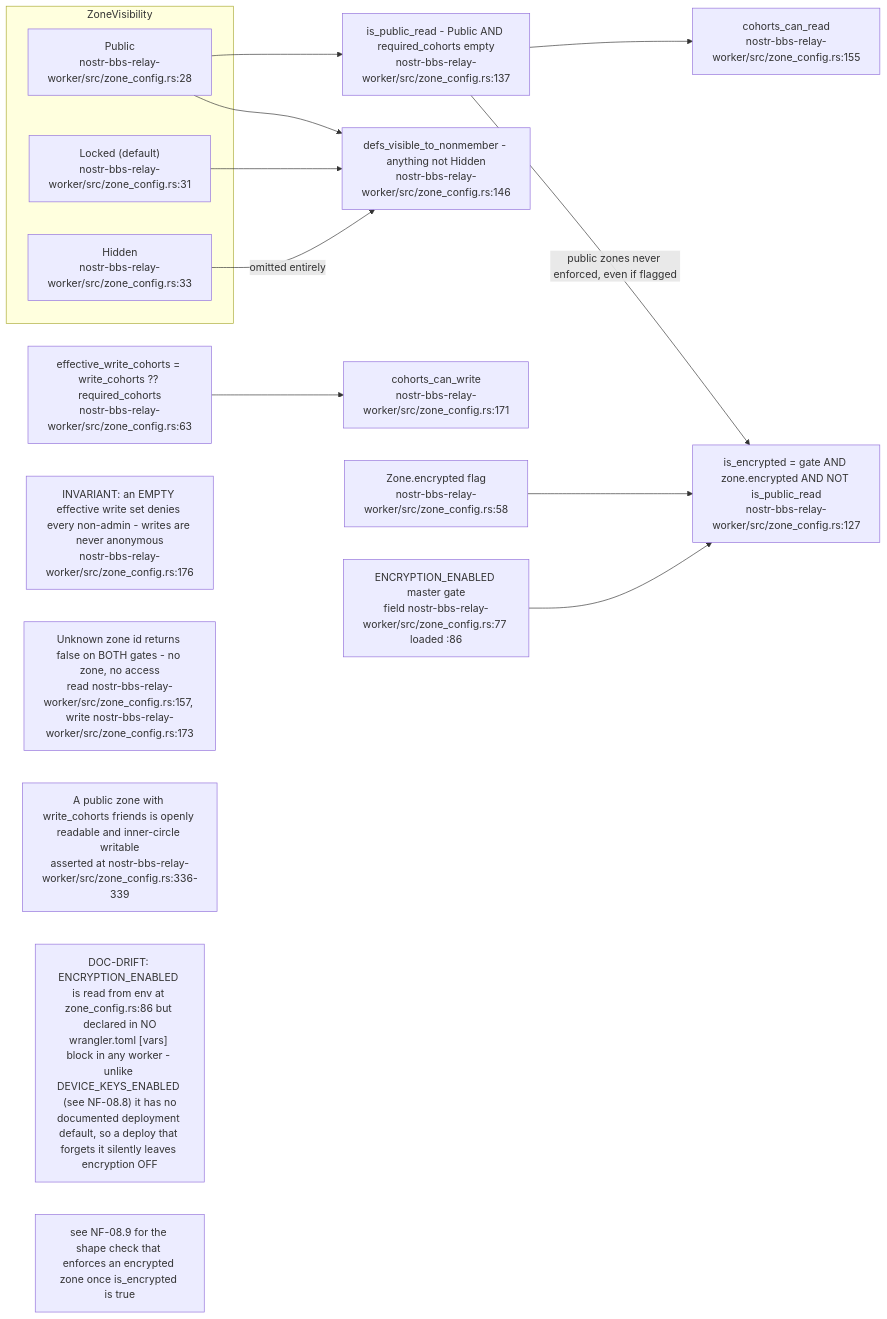
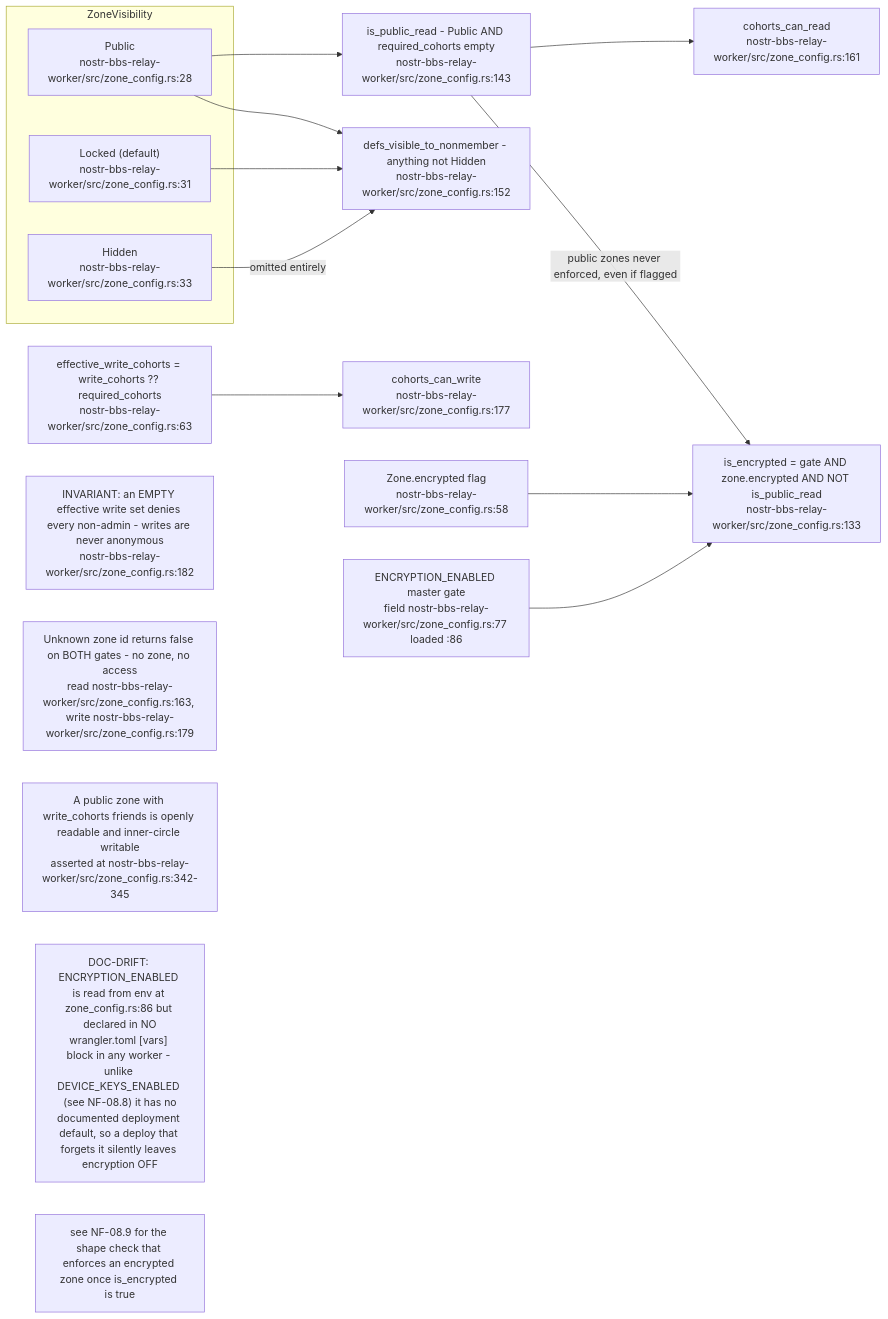
Before and after one commit to DreamLab-AI/VisionFlow: the second of 9 diagrams in docs/diagrams/nostr-rust-forum/08-config-zones-stores-and-admin-authority.md, drawn with Mermaid. The commit also changed other lines of this file and 160 other files, not shown here.

````diff
--- a/docs/diagrams/nostr-rust-forum/08-config-zones-stores-and-admin-authority.md
+++ b/docs/diagrams/nostr-rust-forum/08-config-zones-stores-and-admin-authority.md
@@ -66,31 +71,31 @@
 ```mermaid
 flowchart LR
     subgraph vis["ZoneVisibility"]
         PUB["Public<br/>nostr-bbs-relay-worker/src/zone_config.rs:28"]
         LOCK["Locked (default)<br/>nostr-bbs-relay-worker/src/zone_config.rs:31"]
         HID["Hidden<br/>nostr-bbs-relay-worker/src/zone_config.rs:33"]
     end
-    READ["cohorts_can_read<br/>nostr-bbs-relay-worker/src/zone_config.rs:155"]
-    WRITE["cohorts_can_write<br/>nostr-bbs-relay-worker/src/zone_config.rs:171"]
-    PUBR["is_public_read - Public AND required_cohorts empty<br/>nostr-bbs-relay-worker/src/zone_config.rs:137"]
-    DEFS["defs_visible_to_nonmember - anything not Hidden<br/>nostr-bbs-relay-worker/src/zone_config.rs:146"]
+    READ["cohorts_can_read<br/>nostr-bbs-relay-worker/src/zone_config.rs:161"]
+    WRITE["cohorts_can_write<br/>nostr-bbs-relay-worker/src/zone_config.rs:177"]
+    PUBR["is_public_read - Public AND required_cohorts empty<br/>nostr-bbs-relay-worker/src/zone_config.rs:143"]
+    DEFS["defs_visible_to_nonmember - anything not Hidden<br/>nostr-bbs-relay-worker/src/zone_config.rs:152"]
     EFF["effective_write_cohorts = write_cohorts ?? required_cohorts<br/>nostr-bbs-relay-worker/src/zone_config.rs:63"]
     ZENC["Zone.encrypted flag<br/>nostr-bbs-relay-worker/src/zone_config.rs:58"]
     MGATE["ENCRYPTION_ENABLED master gate<br/>field nostr-bbs-relay-worker/src/zone_config.rs:77 loaded :86"]
-    ISENC["is_encrypted = gate AND zone.encrypted AND NOT is_public_read<br/>nostr-bbs-relay-worker/src/zone_config.rs:127"]
+    ISENC["is_encrypted = gate AND zone.encrypted AND NOT is_public_read<br/>nostr-bbs-relay-worker/src/zone_config.rs:133"]
 
     PUB --> PUBR --> READ
     LOCK --> DEFS
     PUB --> DEFS
     HID -->|"omitted entirely"| DEFS
     EFF --> WRITE
     ZENC --> ISENC
     MGATE --> ISENC
     PUBR -->|"public zones never enforced, even if flagged"| ISENC
 
-    N1["INVARIANT: an EMPTY effective write set denies every non-admin - writes are never anonymous<br/>nostr-bbs-relay-worker/src/zone_config.rs:176"]
-    N2["Unknown zone id returns false on BOTH gates - no zone, no access<br/>read nostr-bbs-relay-worker/src/zone_config.rs:157, write nostr-bbs-relay-worker/src/zone_config.rs:173"]
-    N3["A public zone with write_cohorts friends is openly readable and inner-circle writable<br/>asserted at nostr-bbs-relay-worker/src/zone_config.rs:336-339"]
+    N1["INVARIANT: an EMPTY effective write set denies every non-admin - writes are never anonymous<br/>nostr-bbs-relay-worker/src/zone_config.rs:182"]
+    N2["Unknown zone id returns false on BOTH gates - no zone, no access<br/>read nostr-bbs-relay-worker/src/zone_config.rs:163, write nostr-bbs-relay-worker/src/zone_config.rs:179"]
+    N3["A public zone with write_cohorts friends is openly readable and inner-circle writable<br/>asserted at nostr-bbs-relay-worker/src/zone_config.rs:342-345"]
     N4["DOC-DRIFT: ENCRYPTION_ENABLED is read from env at zone_config.rs:86 but declared in NO<br/>wrangler.toml [vars] block in any worker - unlike DEVICE_KEYS_ENABLED (see NF-08.8) it has no<br/>documented deployment default, so a deploy that forgets it silently leaves encryption OFF"]
     N5["see NF-08.9 for the shape check that enforces an encrypted zone once is_encrypted is true"]
 ```
````
